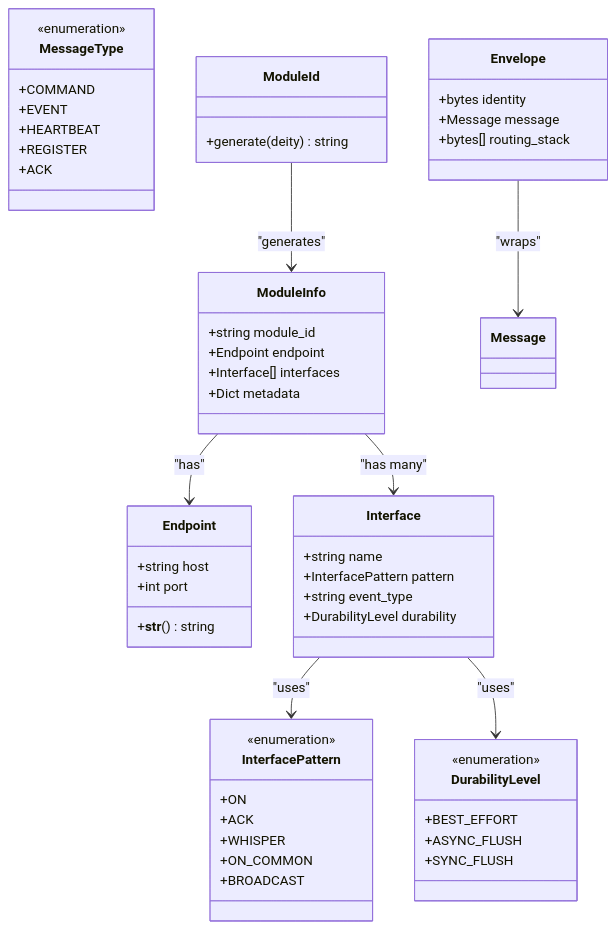
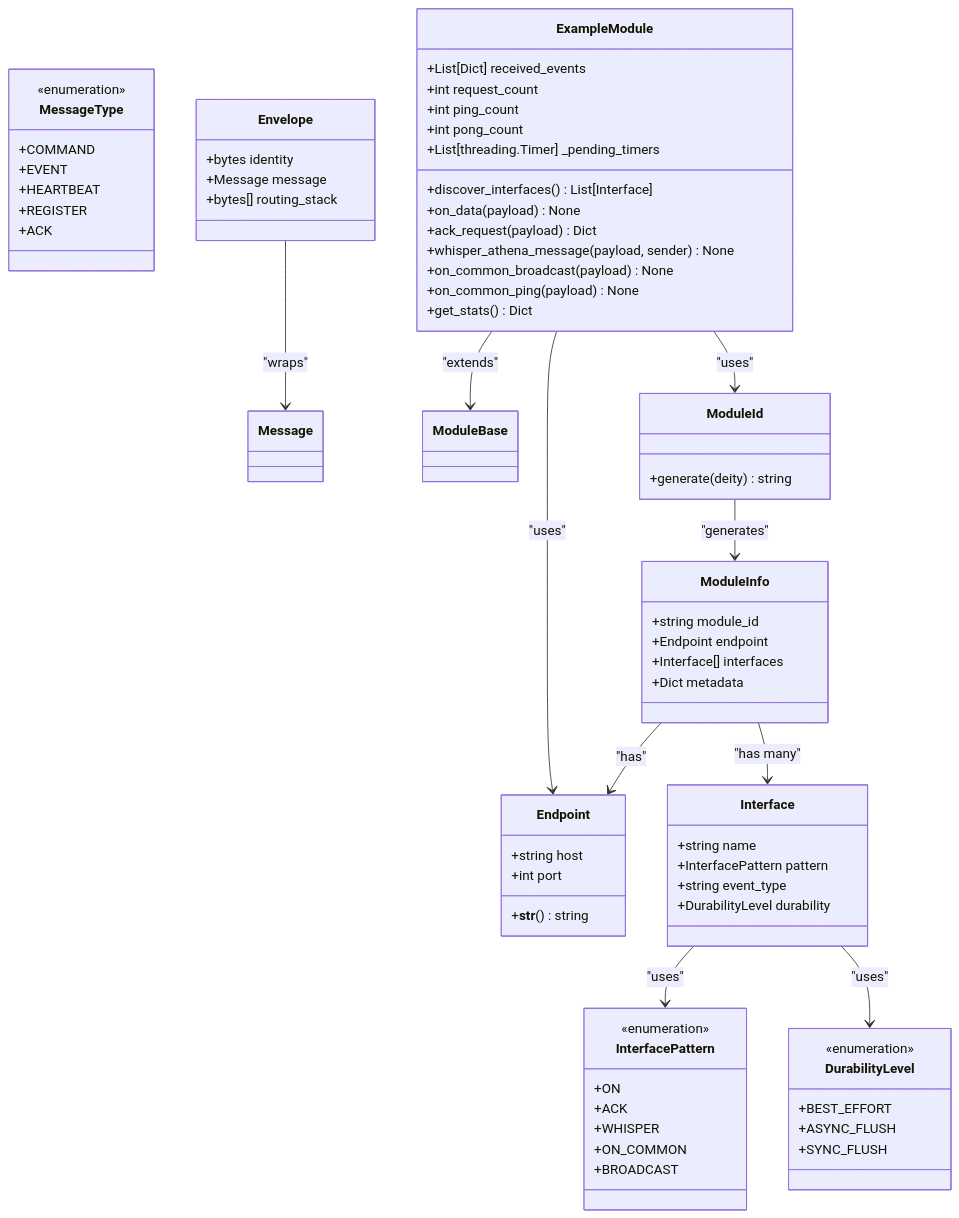
The fifth of 5 diagrams in .qoder/repowiki/en/content/Core Components/Type Definitions.md (zt281/TycheEngine), drawn with Mermaid before and after one commit. The commit also changed other lines of this file and 5 other files, not shown here.

````diff
--- a/.qoder/repowiki/en/content/Core Components/Type Definitions.md
+++ b/.qoder/repowiki/en/content/Core Components/Type Definitions.md
@@ -333,56 +441,73 @@
 ```mermaid
 classDiagram
 class Endpoint {
 +string host
 +int port
 +__str__() string
 }
 class ModuleInfo {
 +string module_id
 +Endpoint endpoint
 +Interface[] interfaces
 +Dict metadata
 }
 class Interface {
 +string name
 +InterfacePattern pattern
 +string event_type
 +DurabilityLevel durability
 }
 class InterfacePattern {
 <<enumeration>>
 +ON
 +ACK
 +WHISPER
 +ON_COMMON
 +BROADCAST
 }
 class MessageType {
 <<enumeration>>
 +COMMAND
 +EVENT
 +HEARTBEAT
 +REGISTER
 +ACK
 }
 class DurabilityLevel {
 <<enumeration>>
 +BEST_EFFORT
 +ASYNC_FLUSH
 +SYNC_FLUSH
 }
 class Envelope {
 +bytes identity
 +Message message
 +bytes[] routing_stack
 }
 class ModuleId {
 +generate(deity) string
 }
+class ExampleModule {
++List[Dict] received_events
++int request_count
++int ping_count
++int pong_count
++List[threading.Timer] _pending_timers
++discover_interfaces() List[Interface]
++on_data(payload) None
++ack_request(payload) Dict
++whisper_athena_message(payload, sender) None
++on_common_broadcast(payload) None
++on_common_ping(payload) None
++get_stats() Dict
+}
 ModuleInfo --> Endpoint : "has"
 ModuleInfo --> Interface : "has many"
 Interface --> InterfacePattern : "uses"
 Interface --> DurabilityLevel : "uses"
 Envelope --> Message : "wraps"
 ModuleId --> ModuleInfo : "generates"
+ExampleModule --> ModuleBase : "extends"
+ExampleModule --> Endpoint : "uses"
+ExampleModule --> ModuleId : "uses"
 ```
````
